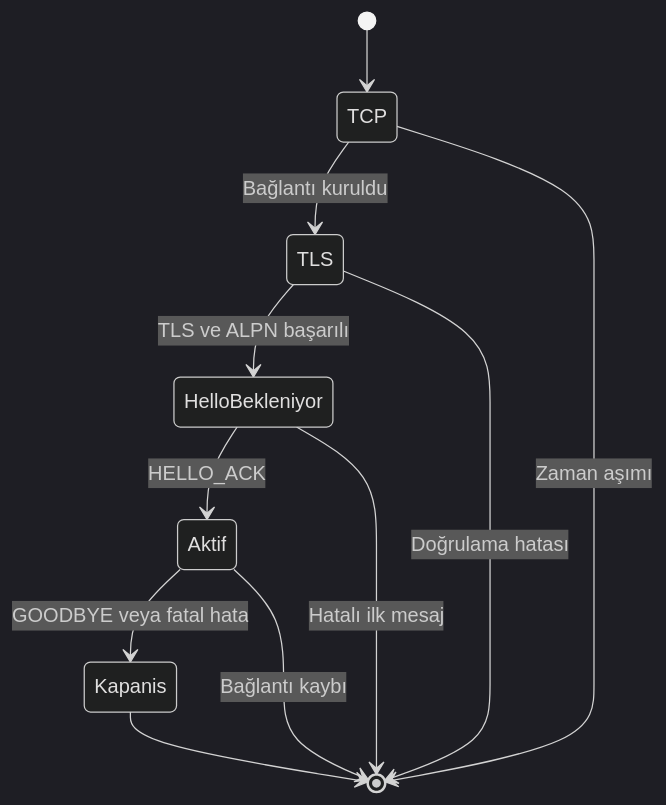
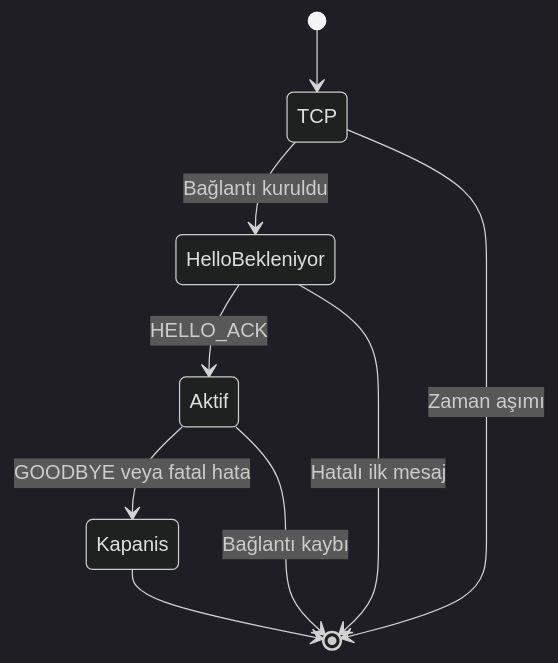
The second of 4 diagrams in PROTOCOL.md (nuricanozturk01/project-ilmek), drawn with Mermaid (dark theme) before and after one commit. The commit also changed other lines of this file and 180 other files, not shown here.

````diff
--- a/PROTOCOL.md
+++ b/PROTOCOL.md
@@ -147,13 +151,11 @@
 ```mermaid
 stateDiagram-v2
     [*] --> TCP
-    TCP --> TLS: Bağlantı kuruldu
-    TLS --> HelloBekleniyor: TLS ve ALPN başarılı
+    TCP --> HelloBekleniyor: Bağlantı kuruldu
     HelloBekleniyor --> Aktif: HELLO_ACK
     Aktif --> Kapanis: GOODBYE veya fatal hata
     Kapanis --> [*]
     TCP --> [*]: Zaman aşımı
-    TLS --> [*]: Doğrulama hatası
     HelloBekleniyor --> [*]: Hatalı ilk mesaj
     Aktif --> [*]: Bağlantı kaybı
 ```
````
